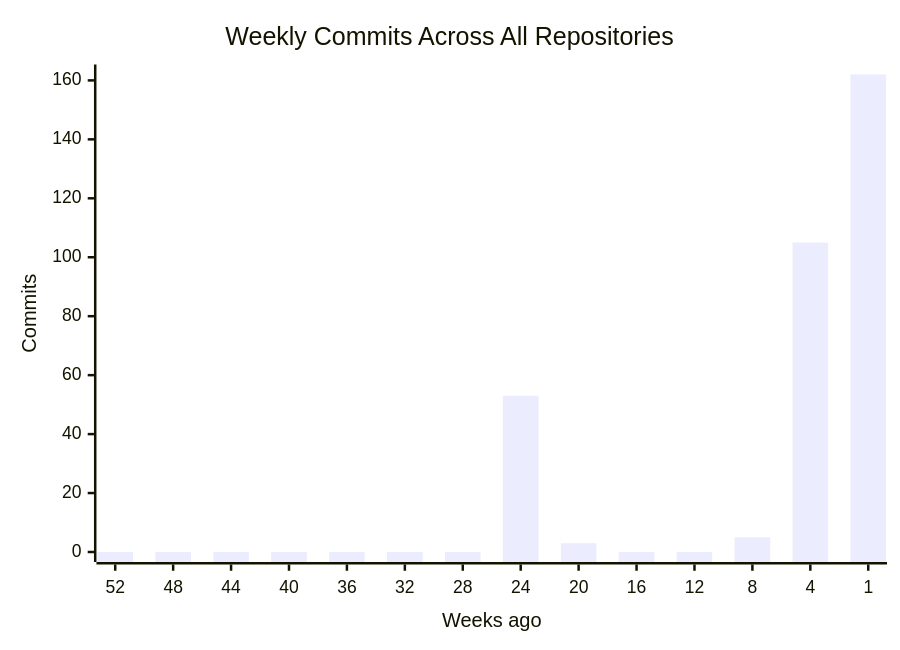
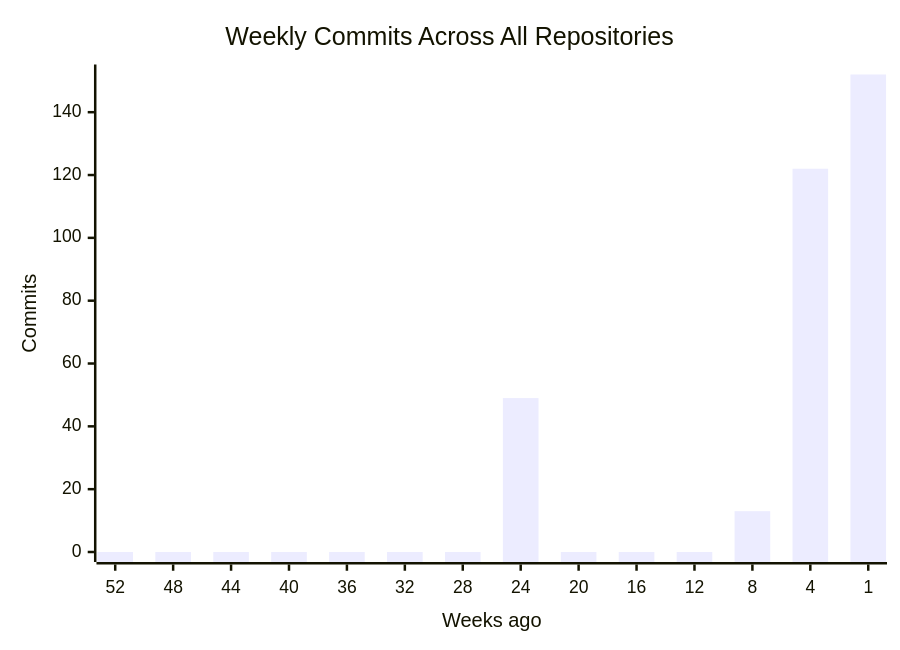
The first of 4 diagrams in profile/README.md (CSTH-Projects/.github), drawn with Mermaid before and after one commit. The commit also changed other lines of this file, not shown here.

````diff
--- a/profile/README.md
+++ b/profile/README.md
@@ -16,7 +16,7 @@
 ```mermaid
 xychart-beta
     title "Weekly Commits Across All Repositories"
     x-axis "Weeks ago" [52, 48, 44, 40, 36, 32, 28, 24, 20, 16, 12, 8, 4, 1]
     y-axis "Commits"
-    bar [0, 0, 0, 0, 0, 0, 0, 53, 3, 0, 0, 5, 105, 162]
+    bar [0, 0, 0, 0, 0, 0, 0, 49, 0, 0, 0, 13, 122, 152]
 ```
````
